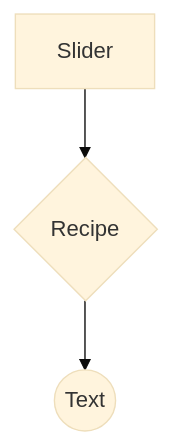
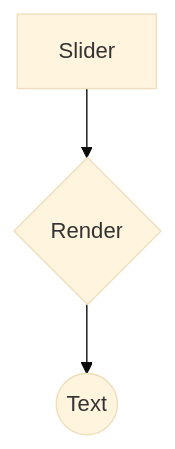
One commit to gshotwell/shiny-algorithm changed the first of 3 diagrams in index.qmd. Above: the diagram before and after it, drawn with Mermaid (base theme). The commit also changed other lines of this file and 7 other files, not shown here.

````diff
--- a/index.qmd
+++ b/index.qmd
@@ -188,6 +204,6 @@
 ```{mermaid}
 %%| fig-width: 2
 flowchart TD
-  S[Slider] --> R{Recipe}
+  S[Slider] --> R{Render}
   R --> Sc((Text))
 ```
````
